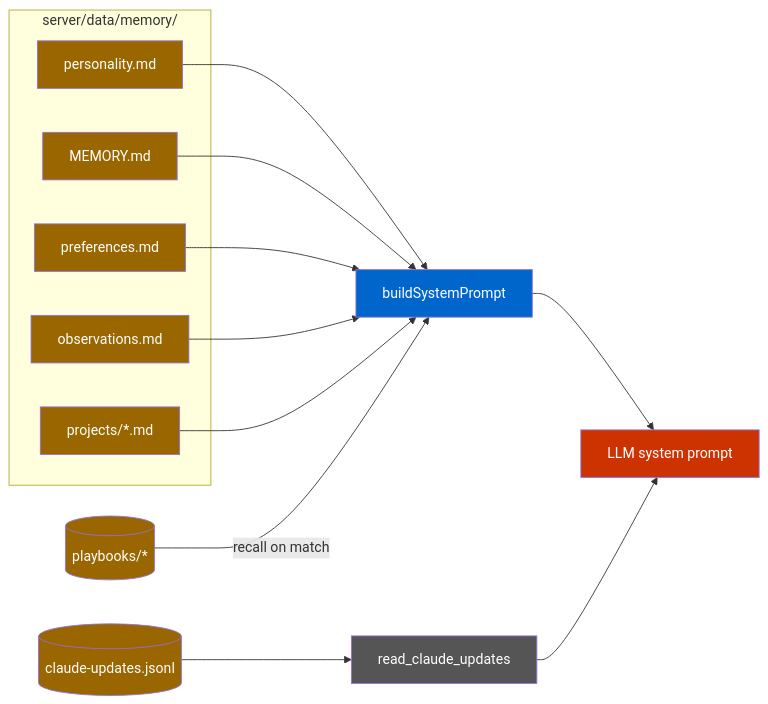
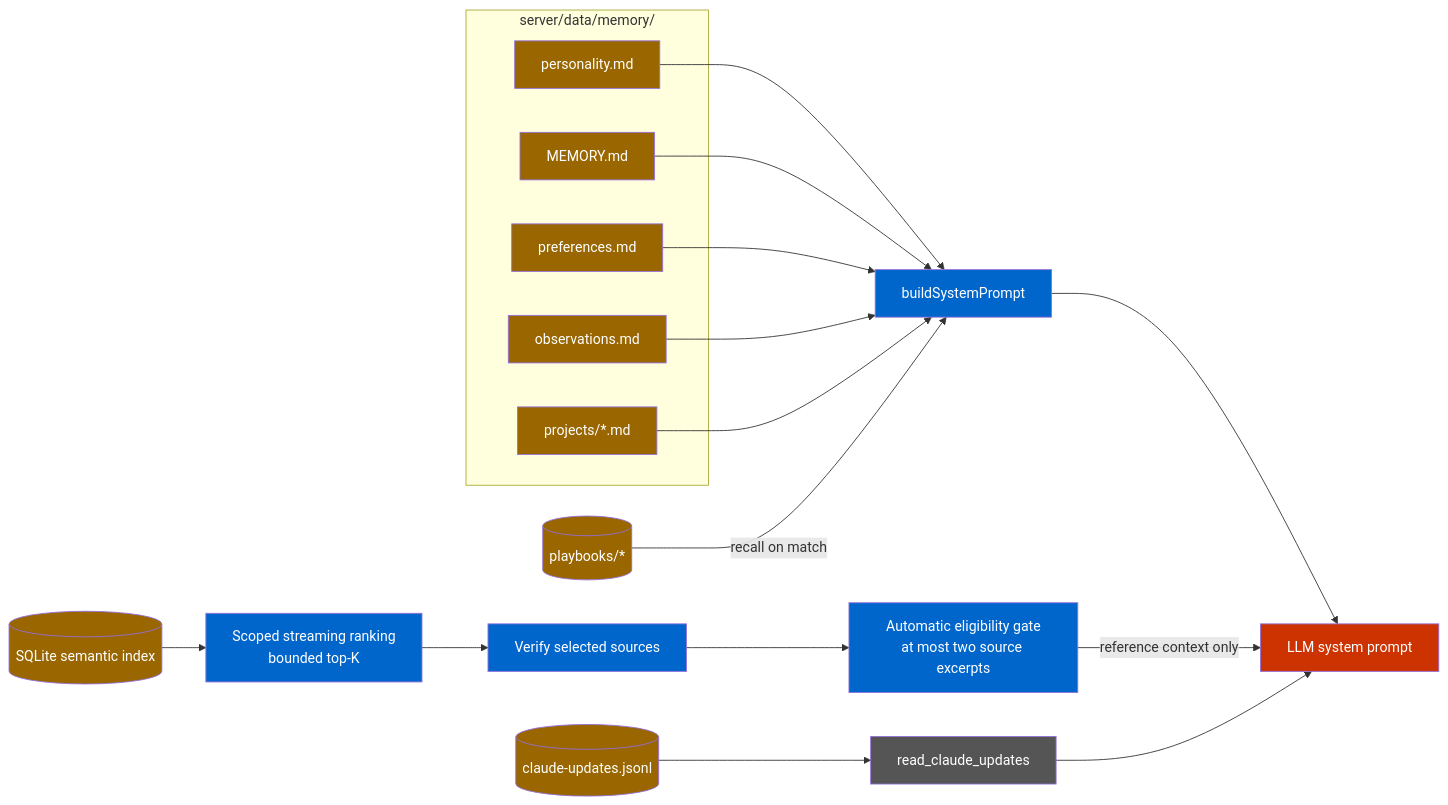
The seventh of 8 diagrams in docs/ARCHITECTURE.md (NikoloziGagua/AVA), drawn with Mermaid before and after one commit. The commit also changed other lines of this file and 6 other files, not shown here.

Commit message:
fix(memory): rank all scoped candidates without recency cutoff

````diff
--- a/docs/ARCHITECTURE.md
+++ b/docs/ARCHITECTURE.md
@@ -384,26 +396,31 @@
 ```mermaid
 flowchart LR
   subgraph files["server/data/memory/"]
     pers[personality.md]:::data
     idx[MEMORY.md]:::data
     prefs[preferences.md]:::data
     obs[observations.md]:::data
     proj[projects/*.md]:::data
   end
   log[(claude-updates.jsonl)]:::data
   pb[(playbooks/*)]:::data
   sp[buildSystemPrompt]:::server
   pers --> sp
   idx --> sp
   prefs --> sp
   obs --> sp
   proj --> sp
   pb -->|recall on match| sp
   sp --> model[LLM system prompt]:::paid
+  mi[(SQLite semantic index)]:::data
+  mi --> rank[Scoped streaming ranking<br/>bounded top-K]:::server
+  rank --> verify[Verify selected sources]:::server
+  verify --> recall[Automatic eligibility gate<br/>at most two source excerpts]:::server
+  recall -->|reference context only| model
   log --> rcu[read_claude_updates]:::tool
   rcu --> model
   classDef data fill:#960,color:#fff
   classDef server fill:#06c,color:#fff
   classDef tool fill:#555,color:#fff
   classDef paid fill:#c30,color:#fff
 ```
````
